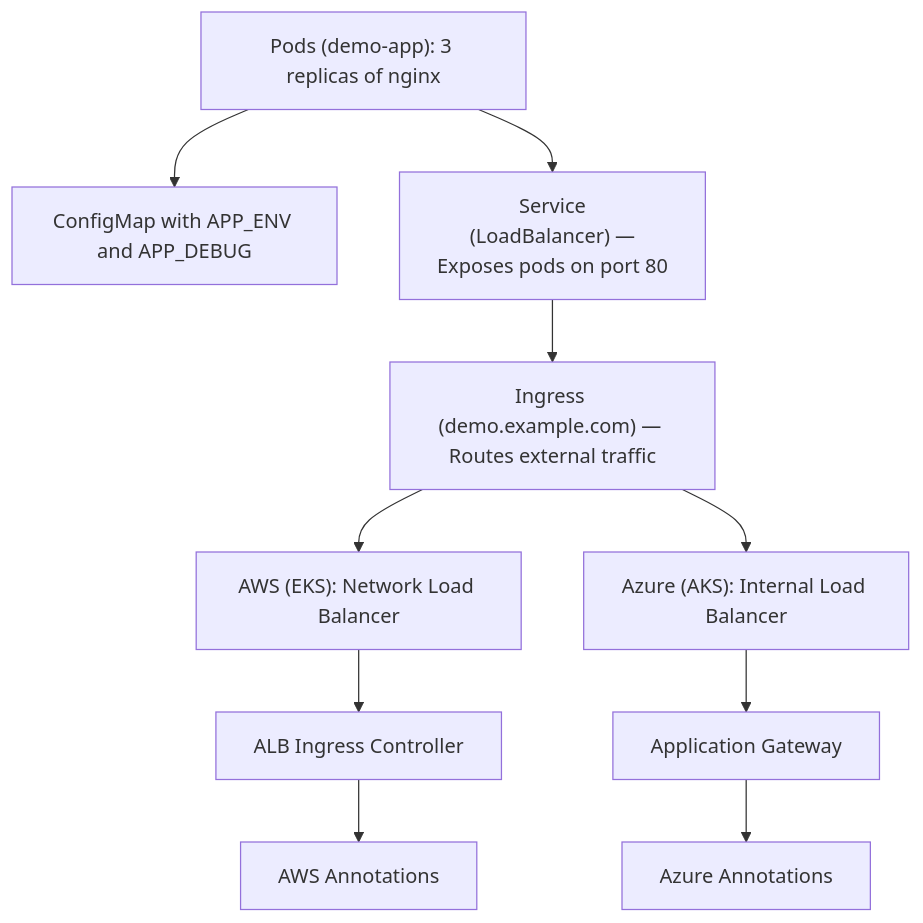
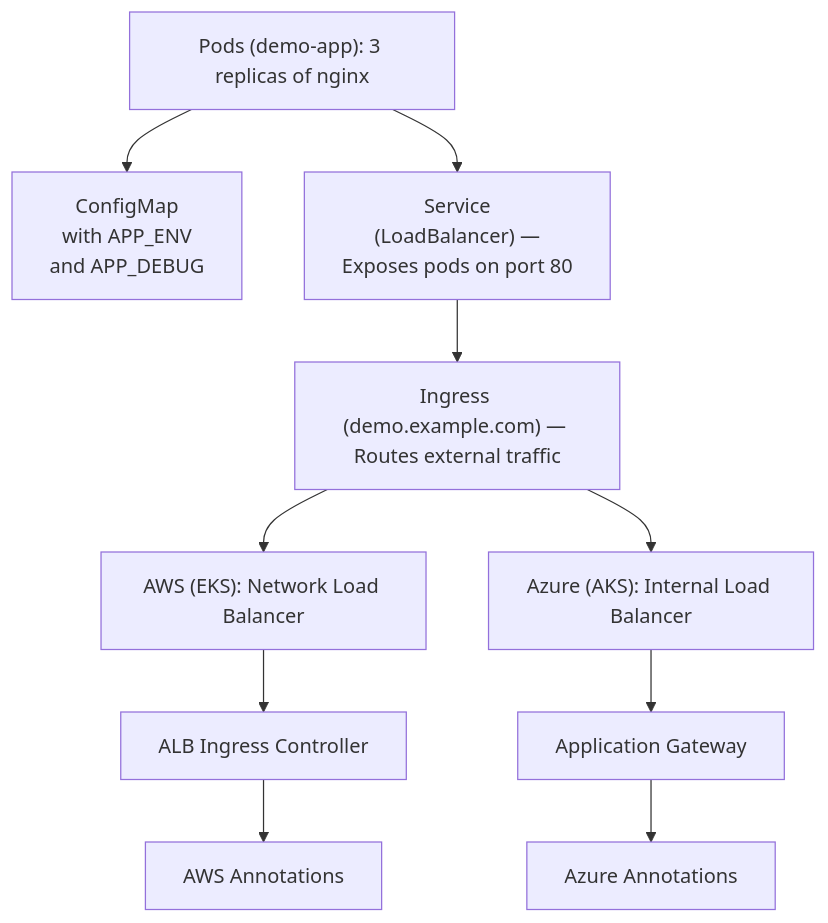
Before and after one commit to obintui10/kubernetes-multi-cloud-demo: the diagram in README.md, drawn with Mermaid.

````diff
--- a/README.md
+++ b/README.md
@@ -98,17 +98,19 @@
 ```mermaid
 flowchart TB
-    Pods["Pods (demo-app): 3 replicas of nginx"] --> Config["ConfigMap with APP_ENV and APP_DEBUG"]
+    Pods["Pods (demo-app): 3 replicas of nginx"] --> Config["ConfigMap
+with APP_ENV
+and APP_DEBUG"]
 
     Pods --> Service["Service
  (LoadBalancer) —
 Exposes pods on port 80"]
     Service --> Ingress["Ingress (demo.example.com) — Routes external traffic"]
 
     Ingress --> AWS_NLB["AWS (EKS): Network Load Balancer"]
     AWS_NLB --> AWS_ALB["ALB Ingress Controller"]
     AWS_ALB --> AWS_Anno["AWS Annotations"]
 
     Ingress --> Azure_ILB["Azure (AKS): Internal Load Balancer"]
     Azure_ILB --> Azure_AppGW["Application Gateway"]
     Azure_AppGW --> Azure_Anno["Azure Annotations"]
 ```
````
